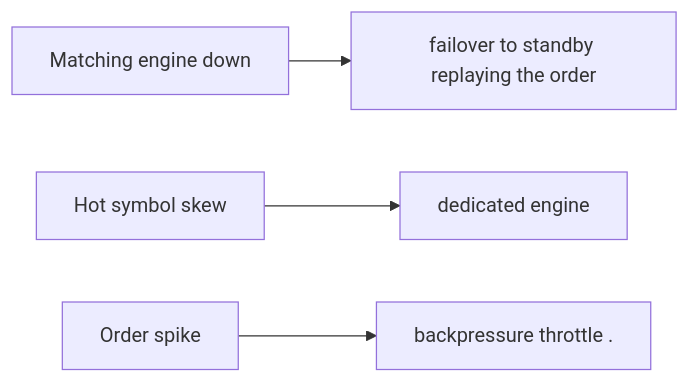
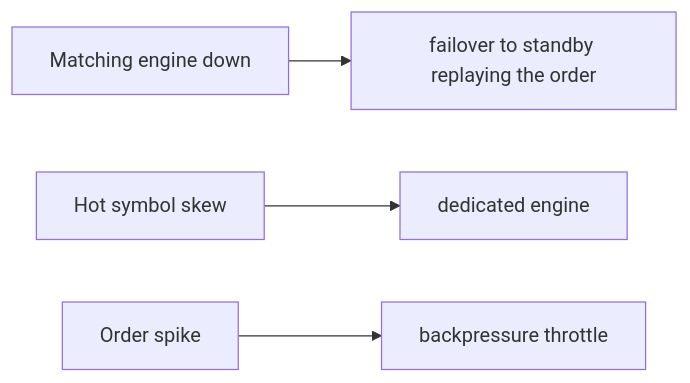
One commit to RIT-MESH/system-design-mastery changed the third of 3 diagrams in case-studies/extreme/stock-trading.md. Above: the diagram before and after it, drawn with Mermaid. The commit also changed other lines of this file and 215 other files, not shown here.

First line of the commit message:
Complete all remaining work: expand case studies, add 13 AI case studies, fix diagrams, status to Complete

````diff
--- a/case-studies/extreme/stock-trading.md
+++ b/case-studies/extreme/stock-trading.md
@@ -31,13 +37,13 @@
 ```mermaid
 %% created-for: system-design-mastery
 flowchart LR
   C1["Matching engine down"]
   R2["failover to standby replaying the order"]
   C1 --> R2
   C3["Hot symbol skew"]
   R4["dedicated engine"]
   C3 --> R4
   C5["Order spike"]
-  R6["backpressure throttle ."]
+  R6["backpressure throttle"]
   C5 --> R6
 ```
````
